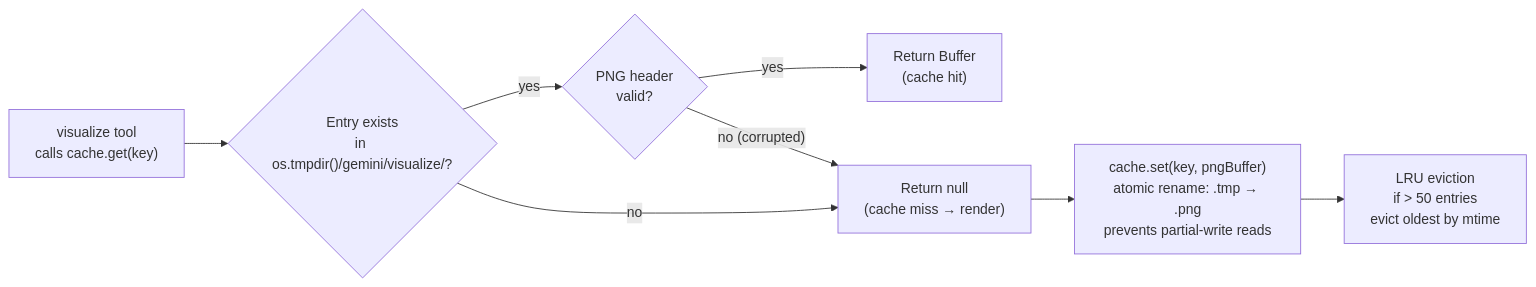
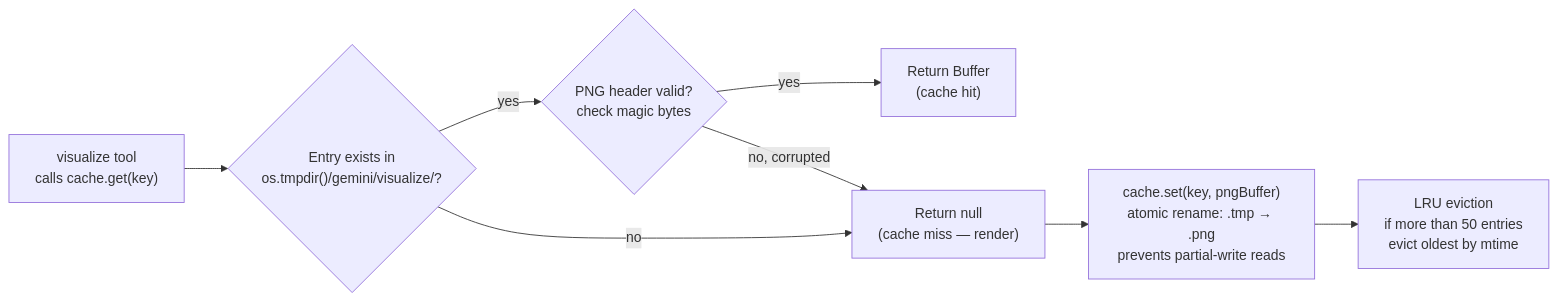
One commit to muddlebee/gemini-cli changed the ninth of 11 diagrams in docs/local/gsoc-proposal-visualization-v2.md. Above: the diagram before and after it, drawn with Mermaid. The commit also changed other lines of this file, not shown here.

Commit message:
refactor(docs): enhance Mermaid diagrams for clarity and consistency in GSoC proposal

````diff
--- a/docs/local/gsoc-proposal-visualization-v2.md
+++ b/docs/local/gsoc-proposal-visualization-v2.md
@@ -517,17 +508,17 @@
 ```mermaid
 flowchart LR
-    A["visualize tool\ncalls cache.get(key)"]
-    B{"Entry exists\nin os.tmpdir()/gemini/visualize/?"}
-    C{"PNG header\nvalid?"}
-    D["Return Buffer\n(cache hit)"]
-    E["Return null\n(cache miss → render)"]
-    F["cache.set(key, pngBuffer)\natomic rename: .tmp → .png\nprevents partial-write reads"]
-    G["LRU eviction\nif > 50 entries\nevict oldest by mtime"]
+    A["visualize tool<br/>calls cache.get(key)"]
+    B{"Entry exists in<br/>os.tmpdir()/gemini/visualize/?"}
+    C{"PNG header valid?<br/>check magic bytes"}
+    D["Return Buffer<br/>(cache hit)"]
+    E["Return null<br/>(cache miss — render)"]
+    F["cache.set(key, pngBuffer)<br/>atomic rename: .tmp → .png<br/>prevents partial-write reads"]
+    G["LRU eviction<br/>if more than 50 entries<br/>evict oldest by mtime"]
 
     A --> B
     B -- "yes" --> C
     C -- "yes" --> D
-    C -- "no (corrupted)" --> E
+    C -- "no, corrupted" --> E
     B -- "no" --> E
     E --> F --> G
 ```
````
